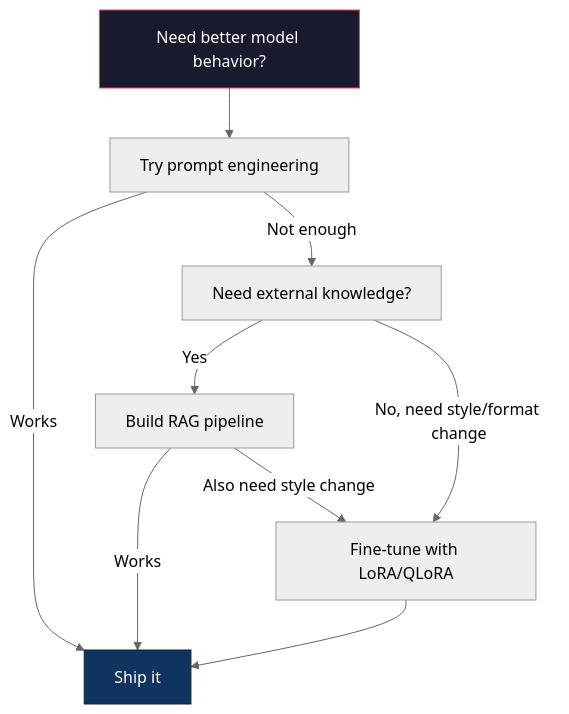
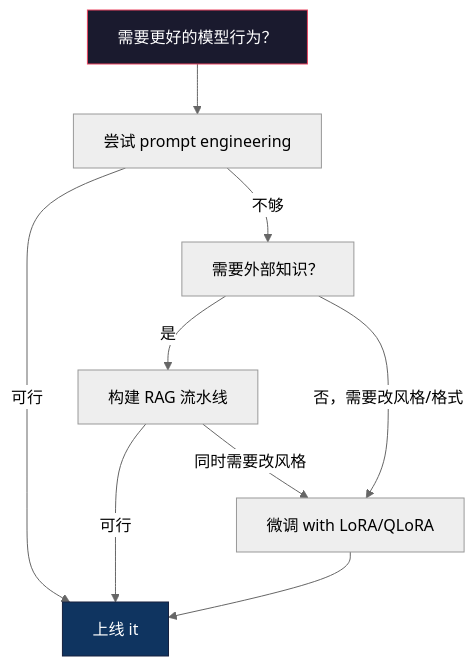
Before and after one commit to JerryC8080/ai-engineering-from-scratch-zh: the second of 2 diagrams in phases/11-llm-engineering/08-fine-tuning-lora/docs/zh.md, drawn with Mermaid (neutral theme). The commit also changed other lines of this file and 156 other files, not shown here.

First line of the commit message:
i18n(zh): translate mermaid diagram labels in 157 lesson zh.md

````diff
--- a/phases/11-llm-engineering/08-fine-tuning-lora/docs/zh.md
+++ b/phases/11-llm-engineering/08-fine-tuning-lora/docs/zh.md
@@ -208,14 +208,14 @@
 ```mermaid
 graph TD
-    Start["Need better model behavior?"] --> PE["Try prompt engineering"]
-    PE -->|"Works"| Done["Ship it"]
-    PE -->|"Not enough"| RAG["Need external knowledge?"]
-    RAG -->|"Yes"| RAGBuild["Build RAG pipeline"]
-    RAG -->|"No, need style/format change"| FT["Fine-tune with LoRA/QLoRA"]
-    RAGBuild -->|"Works"| Done
-    RAGBuild -->|"Also need style change"| FT
+    Start["需要更好的模型行为？"] --> PE["尝试 prompt engineering"]
+    PE -->|"可行"| Done["上线 it"]
+    PE -->|"不够"| RAG["需要外部知识？"]
+    RAG -->|"是"| RAGBuild["构建 RAG 流水线"]
+    RAG -->|"否，需要改风格/格式"| FT["微调 with LoRA/QLoRA"]
+    RAGBuild -->|"可行"| Done
+    RAGBuild -->|"同时需要改风格"| FT
     FT --> Done
 
     style Start fill:#1a1a2e,stroke:#e94560,color:#fff
     style Done fill:#0f3460,stroke:#16213e,color:#fff
 ```
````
